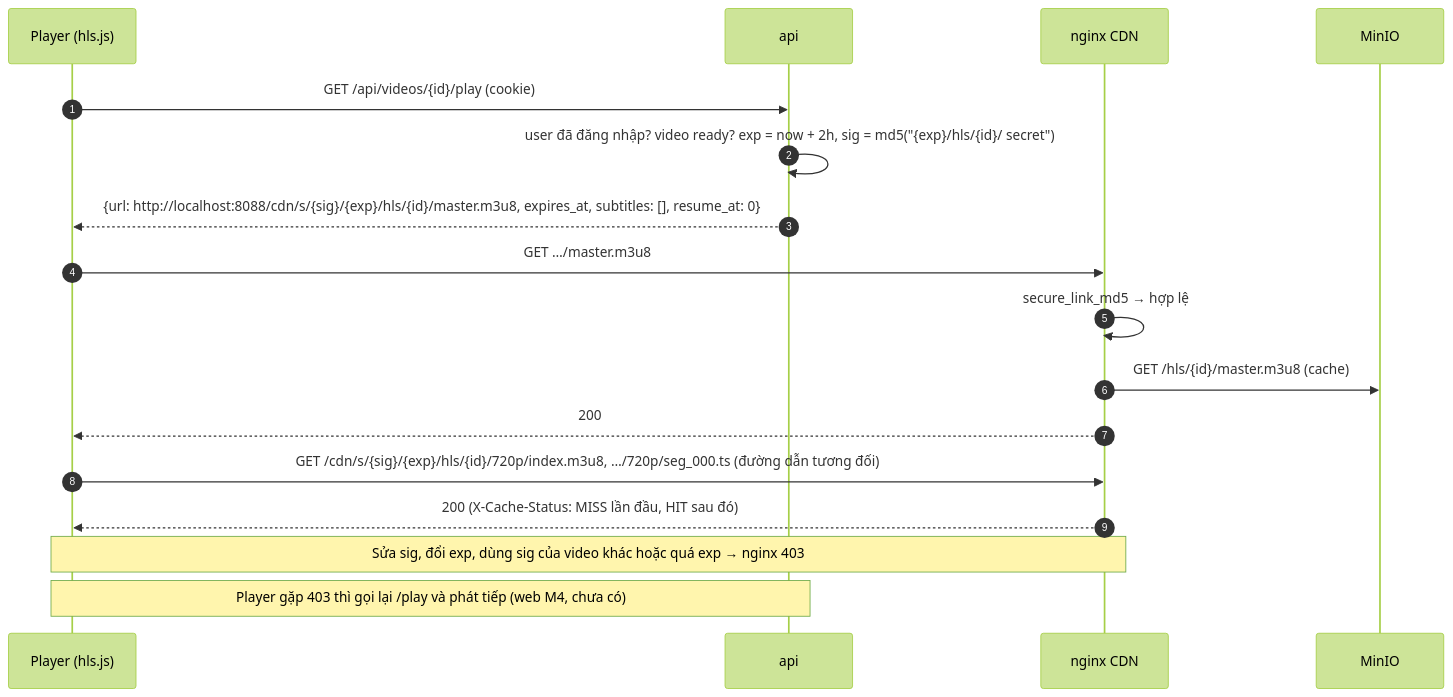
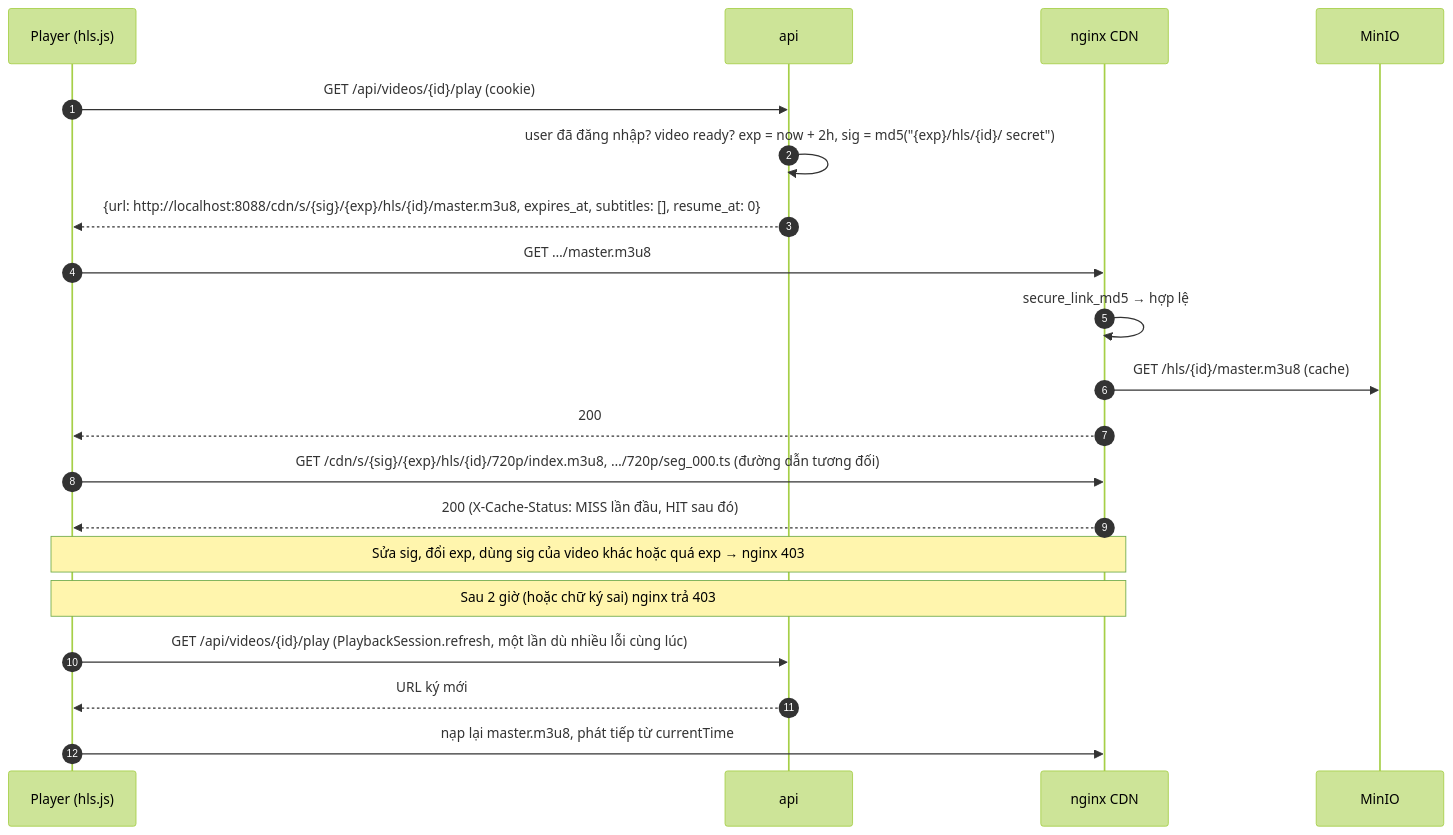
Before and after one commit to doba202/streaming-vod: the fourth of 4 diagrams in docs/flows.md, drawn with Mermaid (forest theme). The commit also changed other lines of this file and 7 other files, not shown here.

````diff
--- a/docs/flows.md
+++ b/docs/flows.md
@@ -90,19 +90,22 @@
 ```mermaid
 sequenceDiagram
   autonumber
   participant P as Player (hls.js)
   participant API as api
   participant N as nginx CDN
   participant S3 as MinIO
   P->>API: GET /api/videos/{id}/play (cookie)
   API->>API: user đã đăng nhập? video ready? exp = now + 2h, sig = md5("{exp}/hls/{id}/ secret")
   API-->>P: {url: http://localhost:8088/cdn/s/{sig}/{exp}/hls/{id}/master.m3u8, expires_at, subtitles: [], resume_at: 0}
   P->>N: GET …/master.m3u8
   N->>N: secure_link_md5 → hợp lệ
   N->>S3: GET /hls/{id}/master.m3u8 (cache)
   N-->>P: 200
   P->>N: GET /cdn/s/{sig}/{exp}/hls/{id}/720p/index.m3u8, …/720p/seg_000.ts (đường dẫn tương đối)
   N-->>P: 200 (X-Cache-Status: MISS lần đầu, HIT sau đó)
   Note over P,N: Sửa sig, đổi exp, dùng sig của video khác hoặc quá exp → nginx 403
-  Note over P,API: Player gặp 403 thì gọi lại /play và phát tiếp (web M4, chưa có)
+  Note over P,N: Sau 2 giờ (hoặc chữ ký sai) nginx trả 403
+  P->>API: GET /api/videos/{id}/play (PlaybackSession.refresh, một lần dù nhiều lỗi cùng lúc)
+  API-->>P: URL ký mới
+  P->>N: nạp lại master.m3u8, phát tiếp từ currentTime
 ```
````
